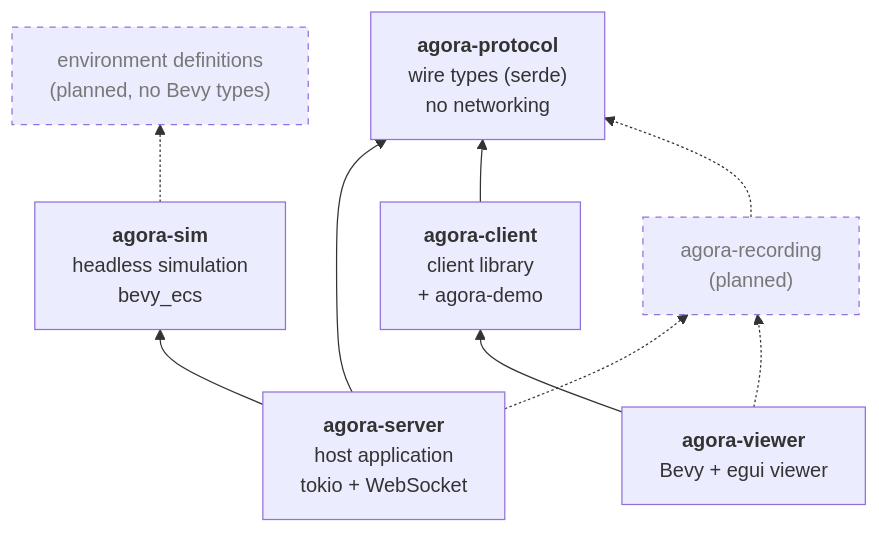
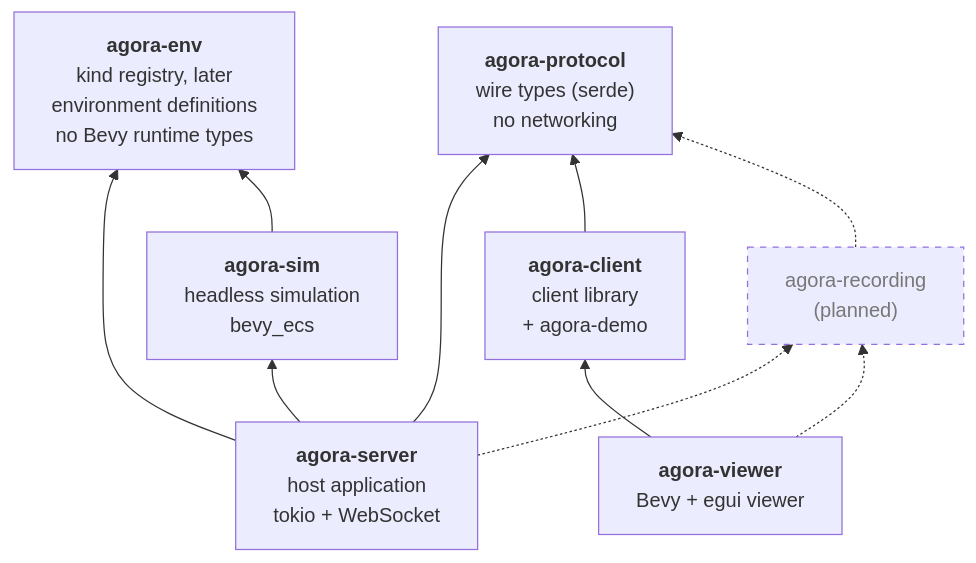
One commit to wdwright90/agora changed the first of 3 diagrams in docs/architecture/rust-components.md. Above: the diagram before and after it, drawn with Mermaid. The commit also changed other lines of this file and 60 other files, not shown here.

First line of the commit message:
Add the kind registry and appearance (M2 chunk 2)

````diff
--- a/docs/architecture/rust-components.md
+++ b/docs/architecture/rust-components.md
@@ -9,22 +9,23 @@
 ```mermaid
 flowchart BT
     protocol["<b>agora-protocol</b><br/>wire types (serde)<br/>no networking"]
     sim["<b>agora-sim</b><br/>headless simulation<br/>bevy_ecs"]
     server["<b>agora-server</b><br/>host application<br/>tokio + WebSocket"]
     client["<b>agora-client</b><br/>client library<br/>+ agora-demo"]
     viewer["<b>agora-viewer</b><br/>Bevy + egui viewer"]
+    env["<b>agora-env</b><br/>kind registry, later<br/>environment definitions<br/>no Bevy runtime types"]
     recording["agora-recording<br/>(planned)"]
-    envpkg["environment definitions<br/>(planned, no Bevy types)"]
 
     server --> sim
+    server --> env
     server --> protocol
+    sim --> env
     client --> protocol
     viewer --> client
     recording -.-> protocol
     server -.-> recording
     viewer -.-> recording
-    sim -.-> envpkg
 
     classDef planned stroke-dasharray: 5 5,color:#777;
-    class recording,envpkg planned;
+    class recording planned;
 ```
````
